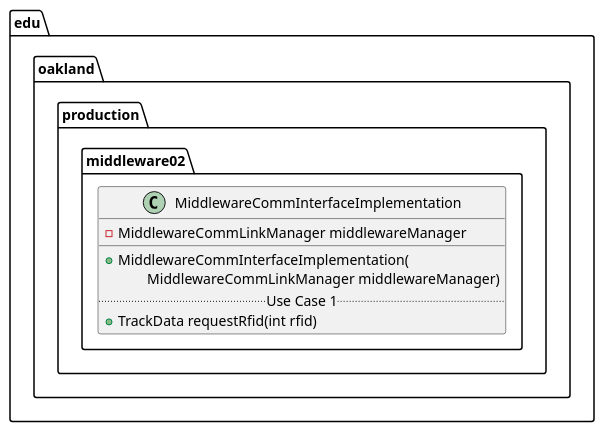
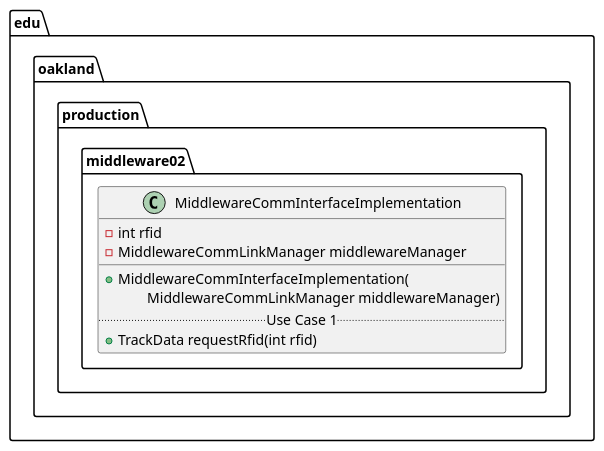
The diagram in docs/uml-class-diagrams/middleware02/production/MiddlewareCommInterfaceImplementation/MiddlewareCommInterfaceImplementation.puml (andrewdimmer/csi-3370-software-project), drawn with PlantUML before and after one commit. The commit also changed 540 other files, not shown here.

First line of the commit message:
[Admin] Update PUML Diagrams to Reflect Production Code/Tests (#168)

```diff
--- a/docs/uml-class-diagrams/middleware02/production/MiddlewareCommInterfaceImplementation/MiddlewareCommInterfaceImplementation.puml
+++ b/docs/uml-class-diagrams/middleware02/production/MiddlewareCommInterfaceImplementation/MiddlewareCommInterfaceImplementation.puml
@@ -1,13 +1,14 @@
 @startuml MiddlewareCommInterfaceImplementation
 
 package edu.oakland.production.middleware02 {
     class MiddlewareCommInterfaceImplementation {
+        - int rfid
         - MiddlewareCommLinkManager middlewareManager
         __
         + MiddlewareCommInterfaceImplementation(
         \tMiddlewareCommLinkManager middlewareManager)
         .. Use Case 1 ..
         + TrackData requestRfid(int rfid)
 }
 
 @enduml
```
